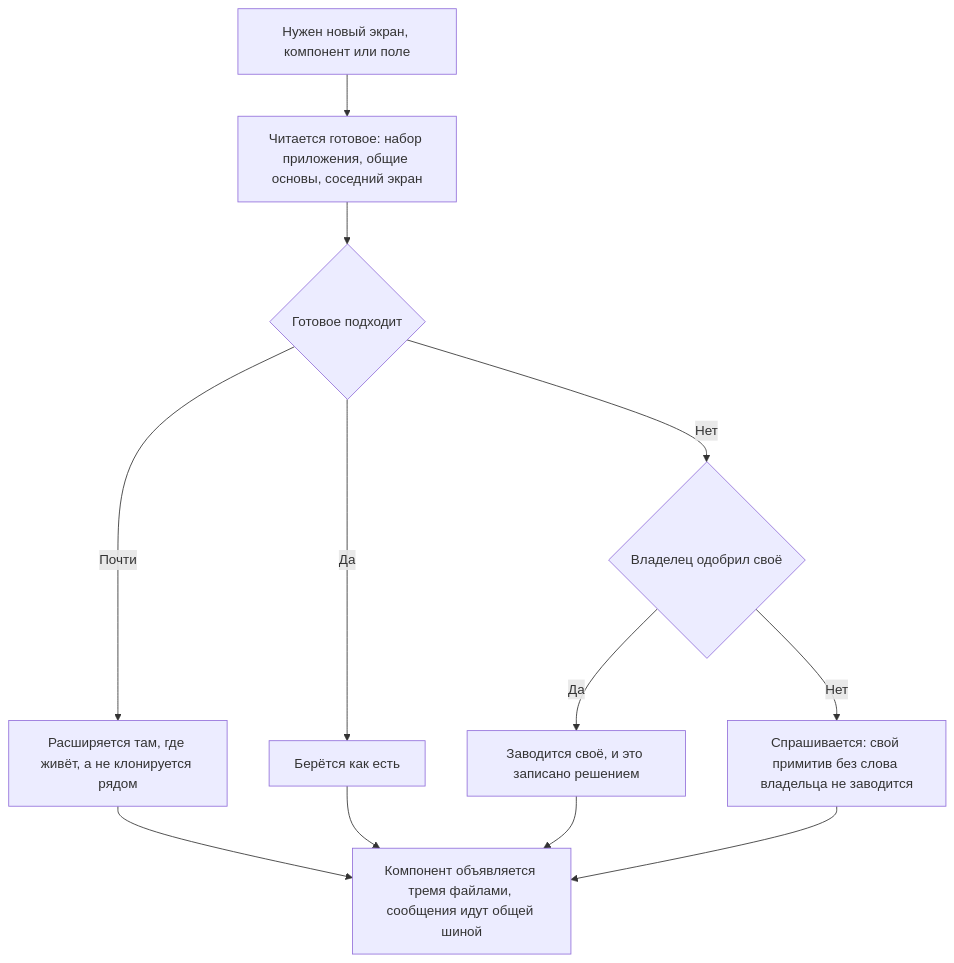
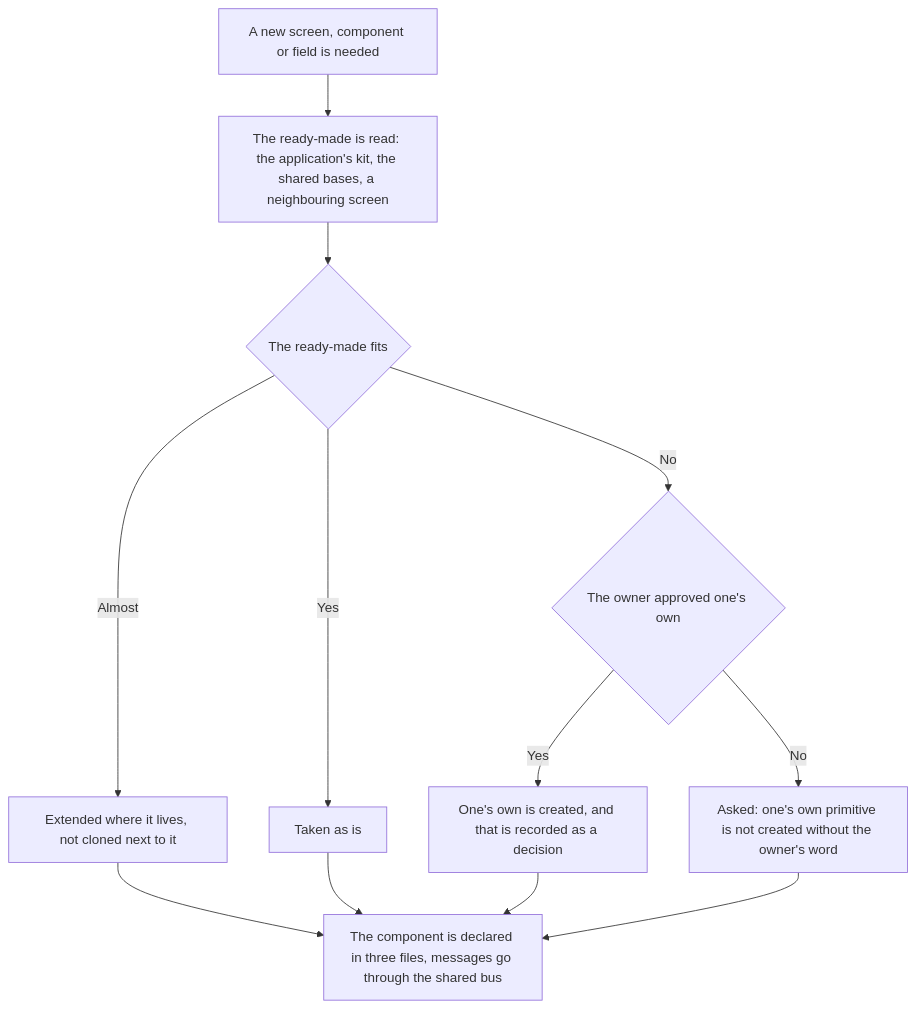
One commit to Eyhenij/rt-tools changed the diagram in .claude/skills/reuse-first/SKILL.md. Above: the diagram before and after it, drawn with Mermaid. The commit also changed other lines of this file and 33 other files, not shown here.

````diff
--- a/.claude/skills/reuse-first/SKILL.md
+++ b/.claude/skills/reuse-first/SKILL.md
@@ -34,14 +34,14 @@
 ```mermaid
 flowchart TD
-    A[Нужен новый экран, компонент или поле] --> B[Читается готовое: набор приложения, общие основы, соседний экран]
-    B --> C{Готовое подходит}
-    C -->|Да| D[Берётся как есть]
-    C -->|Почти| E[Расширяется там, где живёт, а не клонируется рядом]
-    C -->|Нет| F{Владелец одобрил своё}
-    F -->|Да| G[Заводится своё, и это записано решением]
-    F -->|Нет| H[Спрашивается: свой примитив без слова владельца не заводится]
-    E --> I[Компонент объявляется тремя файлами, сообщения идут общей шиной]
+    A[A new screen, component or field is needed] --> B[The ready-made is read: the application's kit, the shared bases, a neighbouring screen]
+    B --> C{The ready-made fits}
+    C -->|Yes| D[Taken as is]
+    C -->|Almost| E[Extended where it lives, not cloned next to it]
+    C -->|No| F{The owner approved one's own}
+    F -->|Yes| G[One's own is created, and that is recorded as a decision]
+    F -->|No| H[Asked: one's own primitive is not created without the owner's word]
+    E --> I[The component is declared in three files, messages go through the shared bus]
     D --> I
     G --> I
     H --> I
 ```
````
